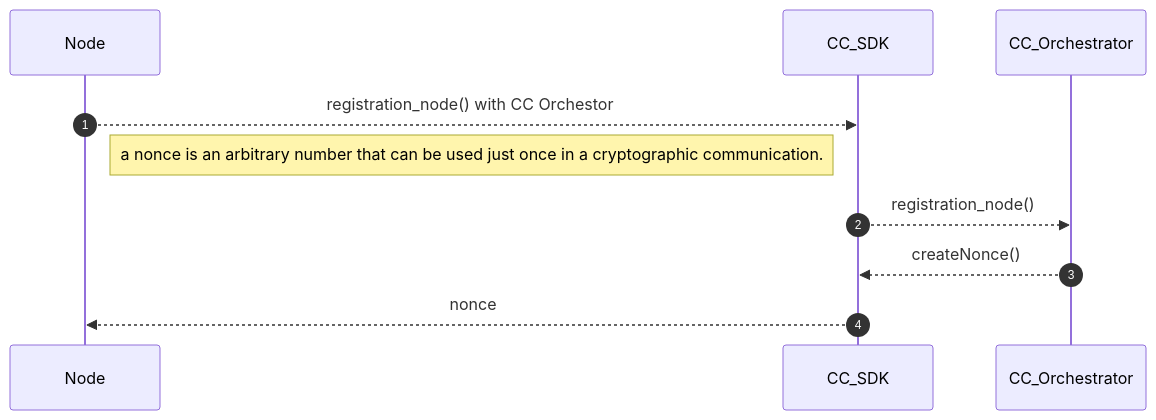
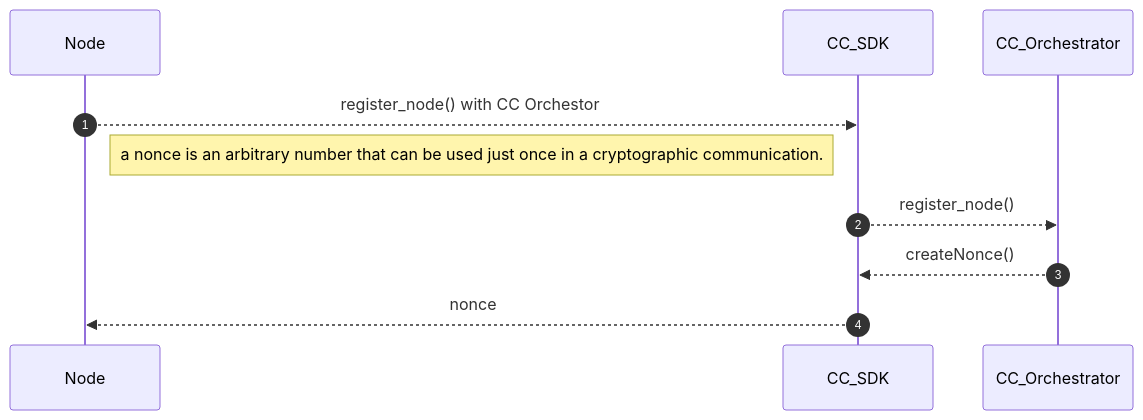
One commit to hitesh-ag1/NVFlare changed the second of 14 diagrams in docs/confidential_computing/detailed_cc_sequence_diagram.md. Above: the diagram before and after it, drawn with Mermaid. The commit also changed other lines of this file, not shown here.

Commit message:
Sequence diagram for CC

````diff
--- a/docs/confidential_computing/detailed_cc_sequence_diagram.md
+++ b/docs/confidential_computing/detailed_cc_sequence_diagram.md
@@ -46,14 +46,14 @@
 ```mermaid
 sequenceDiagram
    autonumber
     participant Node
     participant CC_SDK
     participant CC_Orchestrator    
  
-    Node -->> CC_SDK: registration_node() with CC Orchestor
+    Node -->> CC_SDK: register_node() with CC Orchestor
     Note left of CC_SDK: a nonce is an arbitrary number that can be used just once in a cryptographic communication.
-    CC_SDK -->> CC_Orchestrator : registration_node() 
+    CC_SDK -->> CC_Orchestrator : register_node() 
     CC_Orchestrator -->> CC_SDK : createNonce() 
     CC_SDK -->> Node : nonce
       
 ```
````
